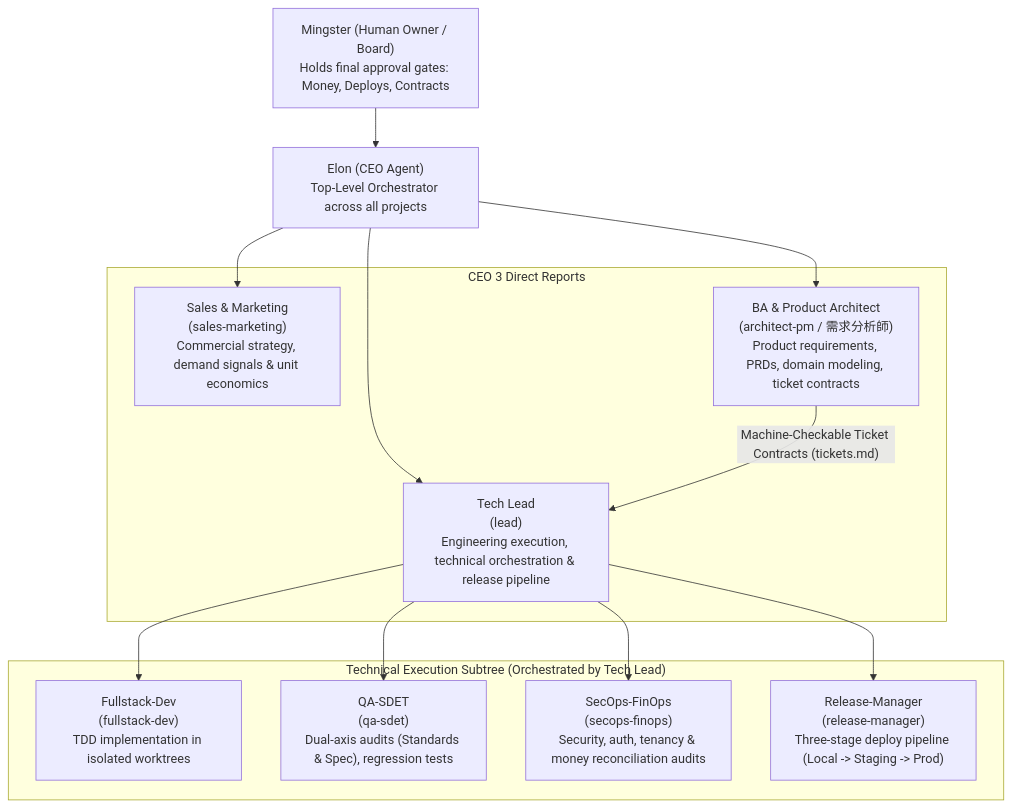
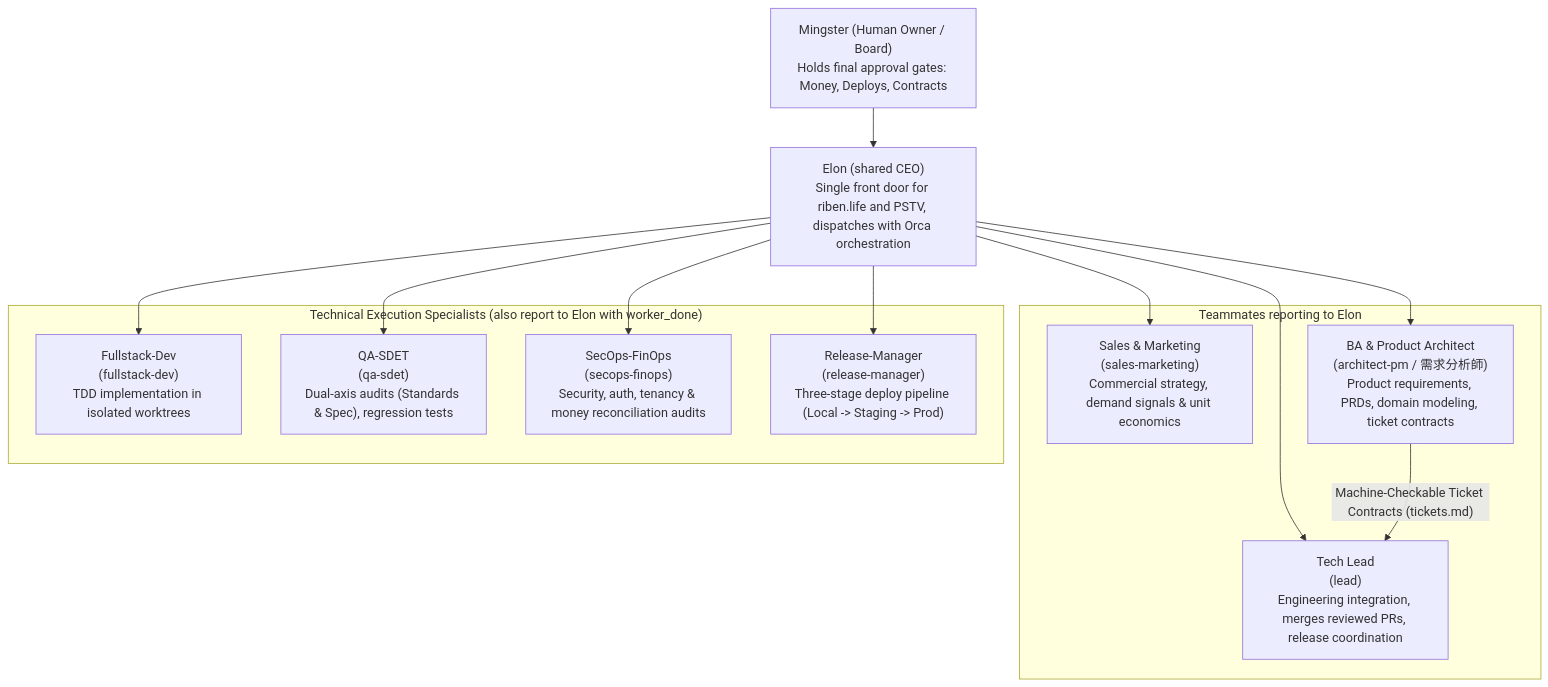
One commit to mingster/dotfiles changed the first of 2 diagrams in docs/agents/agent-team-architecture.md. Above: the diagram before and after it, drawn with Mermaid. The commit also changed other lines of this file and 3 other files, not shown here.

Commit message:
Refresh agent team architecture doc to match current canonical team docs

````diff
--- a/docs/agents/agent-team-architecture.md
+++ b/docs/agents/agent-team-architecture.md
@@ -11,29 +11,29 @@
 ```mermaid
 flowchart TD
     Board["Mingster (Human Owner / Board)\nHolds final approval gates: Money, Deploys, Contracts"]
-    CEO["Elon (CEO Agent)\nTop-Level Orchestrator across all projects"]
+    CEO["Elon (shared CEO)\nSingle front door for riben.life and PSTV, dispatches with Orca orchestration"]
     
-    subgraph Direct_Reports["CEO 3 Direct Reports"]
+    subgraph Direct_Reports["Teammates reporting to Elon"]
         Sales["Sales & Marketing\n(sales-marketing)\nCommercial strategy, demand signals & unit economics"]
         BA["BA & Product Architect\n(architect-pm / 需求分析師)\nProduct requirements, PRDs, domain modeling, ticket contracts"]
-        TL["Tech Lead\n(lead)\nEngineering execution, technical orchestration & release pipeline"]
+        TL["Tech Lead\n(lead)\nEngineering integration, merges reviewed PRs, release coordination"]
     end
     
-    subgraph Tech_Specialists["Technical Execution Subtree (Orchestrated by Tech Lead)"]
+    subgraph Tech_Specialists["Technical Execution Specialists (also report to Elon with worker_done)"]
         Dev["Fullstack-Dev\n(fullstack-dev)\nTDD implementation in isolated worktrees"]
         QA["QA-SDET\n(qa-sdet)\nDual-axis audits (Standards & Spec), regression tests"]
         SecOps["SecOps-FinOps\n(secops-finops)\nSecurity, auth, tenancy & money reconciliation audits"]
         RM["Release-Manager\n(release-manager)\nThree-stage deploy pipeline (Local -> Staging -> Prod)"]
     end
 
     Board --> CEO
     CEO --> Sales
     CEO --> BA
     CEO --> TL
     
     BA -- "Machine-Checkable Ticket Contracts (tickets.md)" --> TL
-    TL --> Dev
-    TL --> QA
-    TL --> SecOps
-    TL --> RM
+    CEO --> Dev
+    CEO --> QA
+    CEO --> SecOps
+    CEO --> RM
 ```
````
